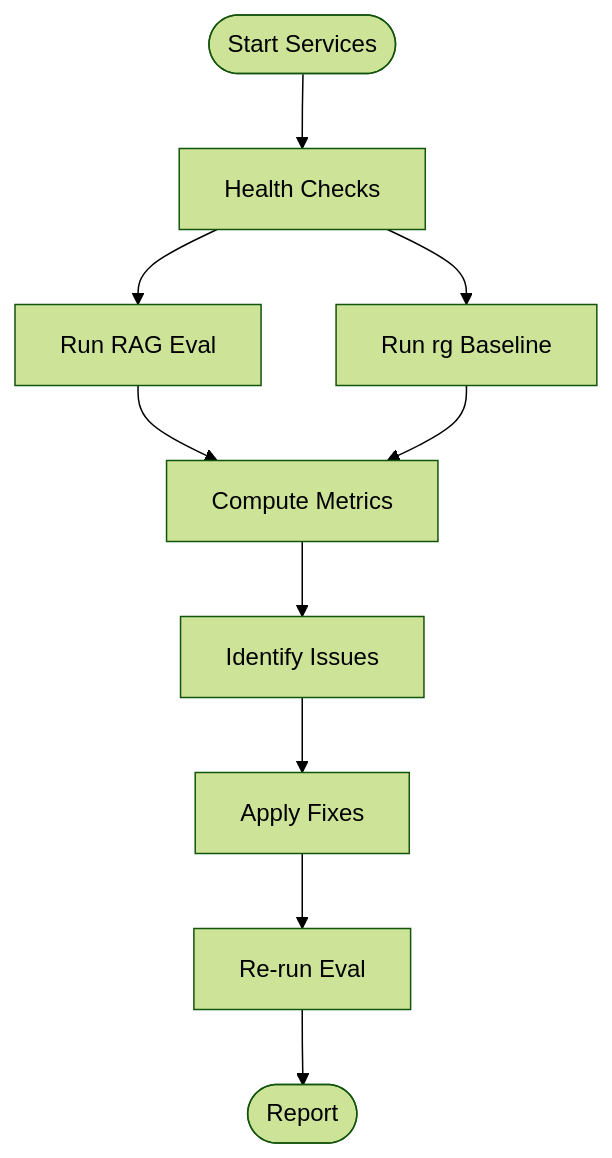
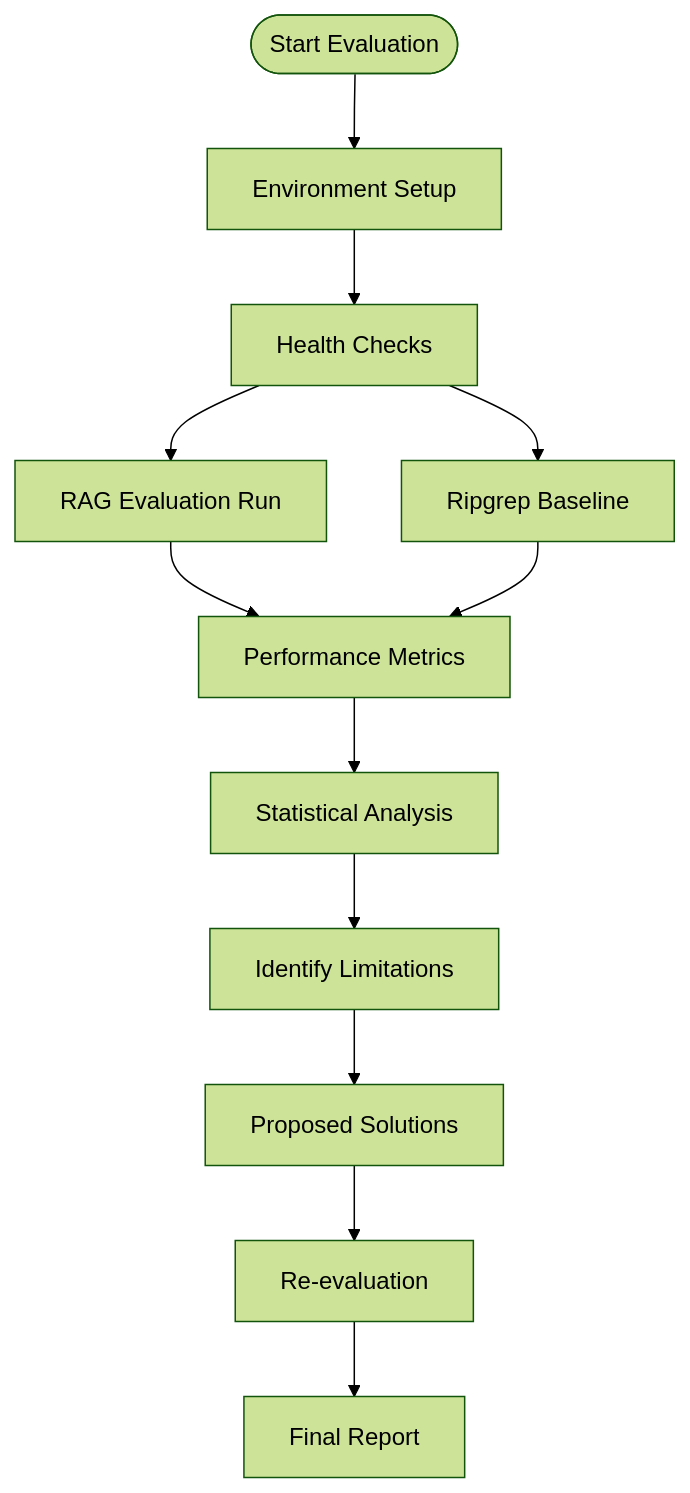
One commit to NcitDev/ragsystem changed the fourth of 8 diagrams in docs/wiki/Reference Materials.md. Above: the diagram before and after it, drawn with Mermaid (forest theme). The commit also changed other lines of this file and 27 other files, not shown here.

````diff
--- a/docs/wiki/Reference Materials.md
+++ b/docs/wiki/Reference Materials.md
@@ -179,12 +229,14 @@
 ```mermaid
 flowchart TD
-Start(["Start Services"]) --> Health["Health Checks"]
-Health --> Eval["Run RAG Eval"]
-Health --> Baseline["Run rg Baseline"]
-Eval --> Metrics["Compute Metrics"]
-Baseline --> Metrics
-Metrics --> Issues["Identify Issues"]
-Issues --> Fixes["Apply Fixes"]
-Fixes --> ReEval["Re-run Eval"]
-ReEval --> End(["Report"])
+Start(["Start Evaluation"]) --> Setup["Environment Setup"]
+Setup --> Health["Health Checks"]
+Health --> RAGEval["RAG Evaluation Run"]
+Health --> RGBaseline["Ripgrep Baseline"]
+RAGEval --> Metrics["Performance Metrics"]
+RGBaseline --> Metrics
+Metrics --> Analysis["Statistical Analysis"]
+Analysis --> Issues["Identify Limitations"]
+Issues --> Solutions["Proposed Solutions"]
+Solutions --> ReRun["Re-evaluation"]
+ReRun --> Report["Final Report"]
 ```
````
